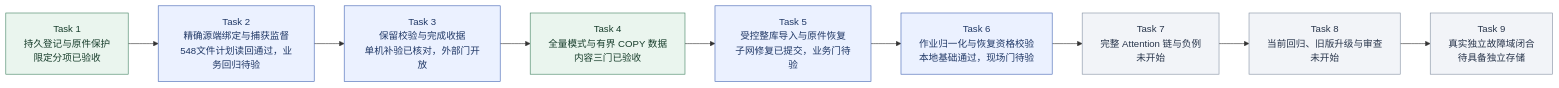
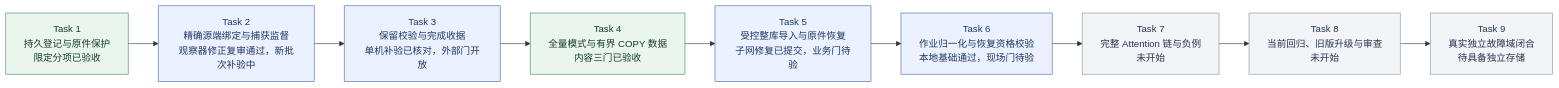
One commit to MansurnamedZhang/learning-system-p0c4 changed the second of 9 diagrams in docs/KnowWeave实施路线与系统架构.md. Above: the diagram before and after it, drawn with Mermaid. The commit also changed other lines of this file and 5 other files, not shown here.

First line of the commit message:
Update roadmap and scoped C4 closeout status (2026-10-12)

````diff
--- a/docs/KnowWeave实施路线与系统架构.md
+++ b/docs/KnowWeave实施路线与系统架构.md
@@ -72,26 +72,26 @@
 ```mermaid
 flowchart LR
     C4T1["Task 1<br/>持久登记与原件保护<br/>限定分项已验收"]
-    C4T2["Task 2<br/>精确源端绑定与捕获监督<br/>548文件计划读回通过，业务回归待验"]
+    C4T2["Task 2<br/>精确源端绑定与捕获监督<br/>观察器修正复审通过，新批次补验中"]
     C4T3["Task 3<br/>保留校验与完成收据<br/>单机补验已核对，外部门开放"]
     C4T4["Task 4<br/>全量模式与有界 COPY 数据<br/>内容三门已验收"]
     C4T5["Task 5<br/>受控整库导入与原件恢复<br/>子网修复已提交，业务门待验"]
     C4T6["Task 6<br/>作业归一化与恢复资格校验<br/>本地基础通过，现场门待验"]
     C4T7["Task 7<br/>完整 Attention 链与负例<br/>未开始"]
     C4T8["Task 8<br/>当前回归、旧版升级与审查<br/>未开始"]
     C4T9["Task 9<br/>真实独立故障域闭合<br/>待具备独立存储"]
     C4T1 --> C4T2
     C4T2 --> C4T3
     C4T3 --> C4T4
     C4T4 --> C4T5
     C4T5 --> C4T6
     C4T6 --> C4T7
     C4T7 --> C4T8
     C4T8 --> C4T9
     class C4T1,C4T4 done
     class C4T2,C4T3,C4T5,C4T6 next
     class C4T7,C4T8,C4T9 planned
     classDef done fill:#eaf5ee,stroke:#438363,color:#173d2b
     classDef next fill:#ebf1ff,stroke:#4365b4,color:#203866
     classDef planned fill:#f2f4f8,stroke:#8591a3,color:#28354b
 ```
````
